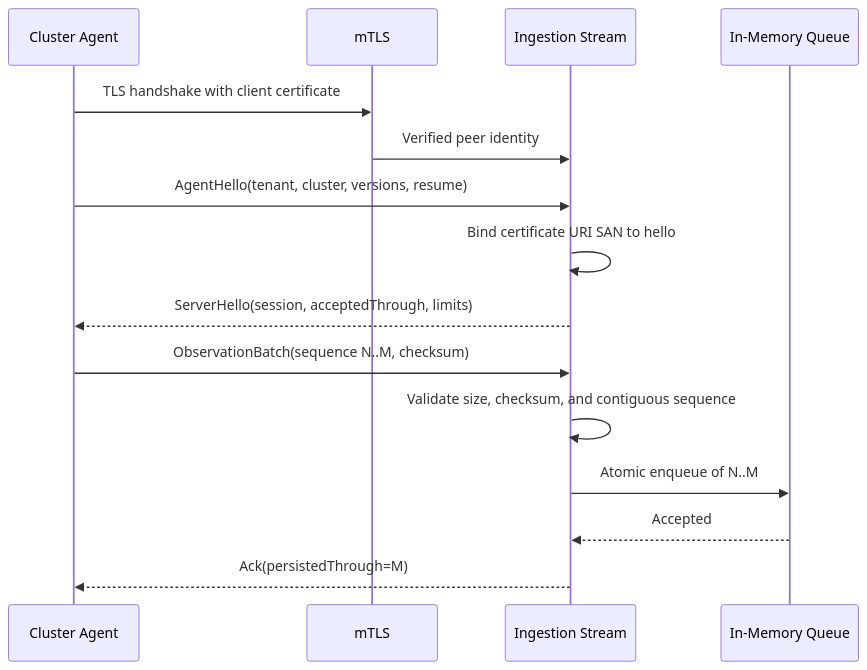
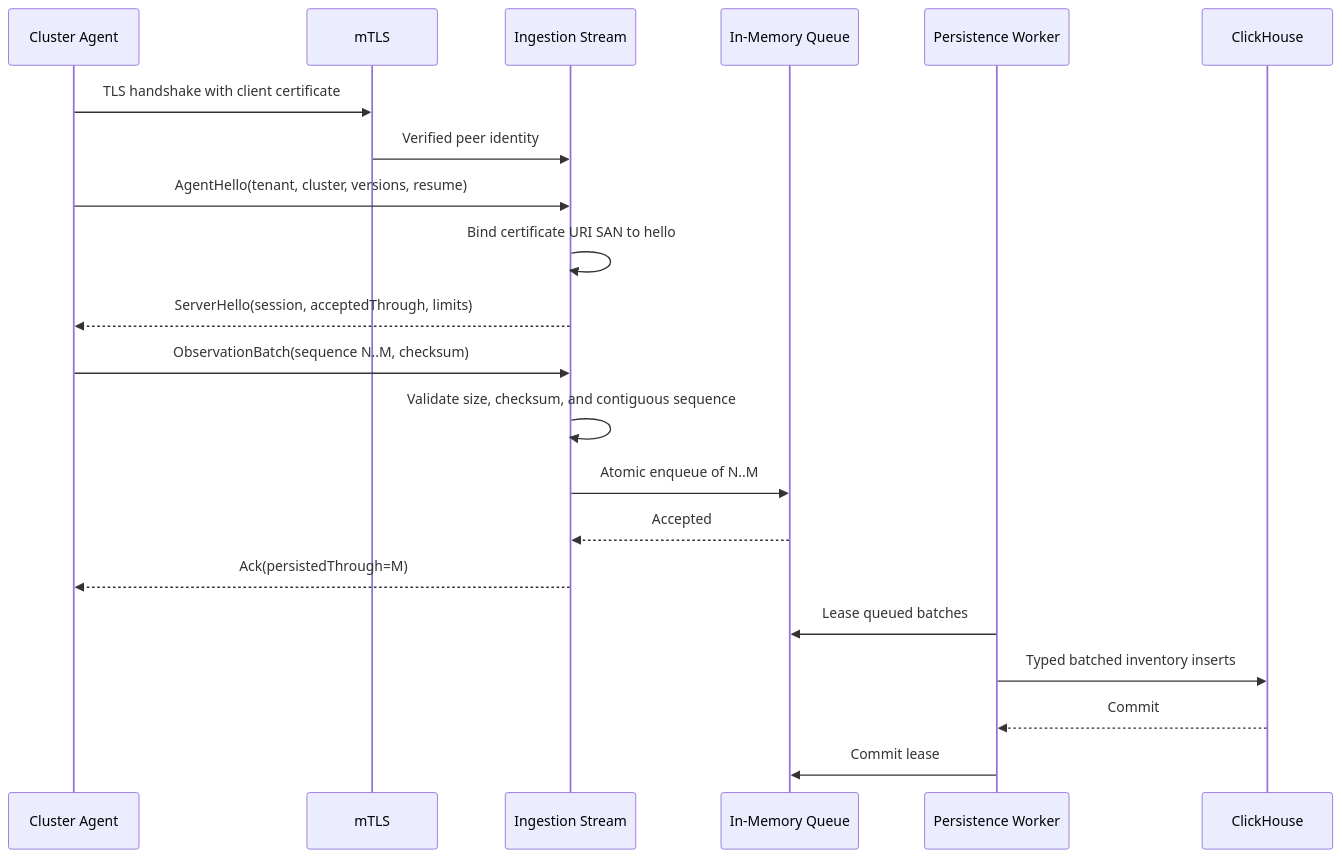
The first of 4 diagrams in docs/18-ingestion-service.md (vinods21/kube-cost), drawn with Mermaid before and after one commit. The commit also changed other lines of this file and 22 other files, not shown here.

Commit message:
Persist inventory events into ClickHouse

````diff
--- a/docs/18-ingestion-service.md
+++ b/docs/18-ingestion-service.md
@@ -59,18 +61,24 @@
 ```mermaid
 sequenceDiagram
     participant A as Cluster Agent
     participant T as mTLS
     participant I as Ingestion Stream
     participant Q as In-Memory Queue
+    participant P as Persistence Worker
+    participant C as ClickHouse
 
     A->>T: TLS handshake with client certificate
     T->>I: Verified peer identity
     A->>I: AgentHello(tenant, cluster, versions, resume)
     I->>I: Bind certificate URI SAN to hello
     I-->>A: ServerHello(session, acceptedThrough, limits)
     A->>I: ObservationBatch(sequence N..M, checksum)
     I->>I: Validate size, checksum, and contiguous sequence
     I->>Q: Atomic enqueue of N..M
     Q-->>I: Accepted
     I-->>A: Ack(persistedThrough=M)
+    P->>Q: Lease queued batches
+    P->>C: Typed batched inventory inserts
+    C-->>P: Commit
+    P->>Q: Commit lease
 ```
````
